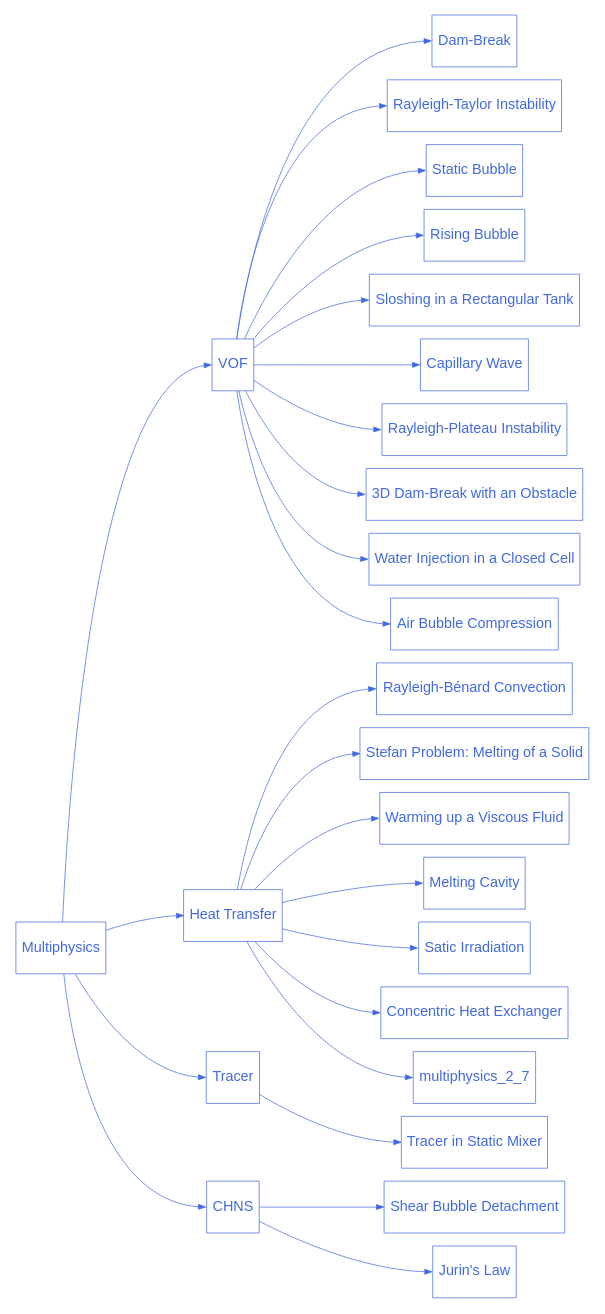
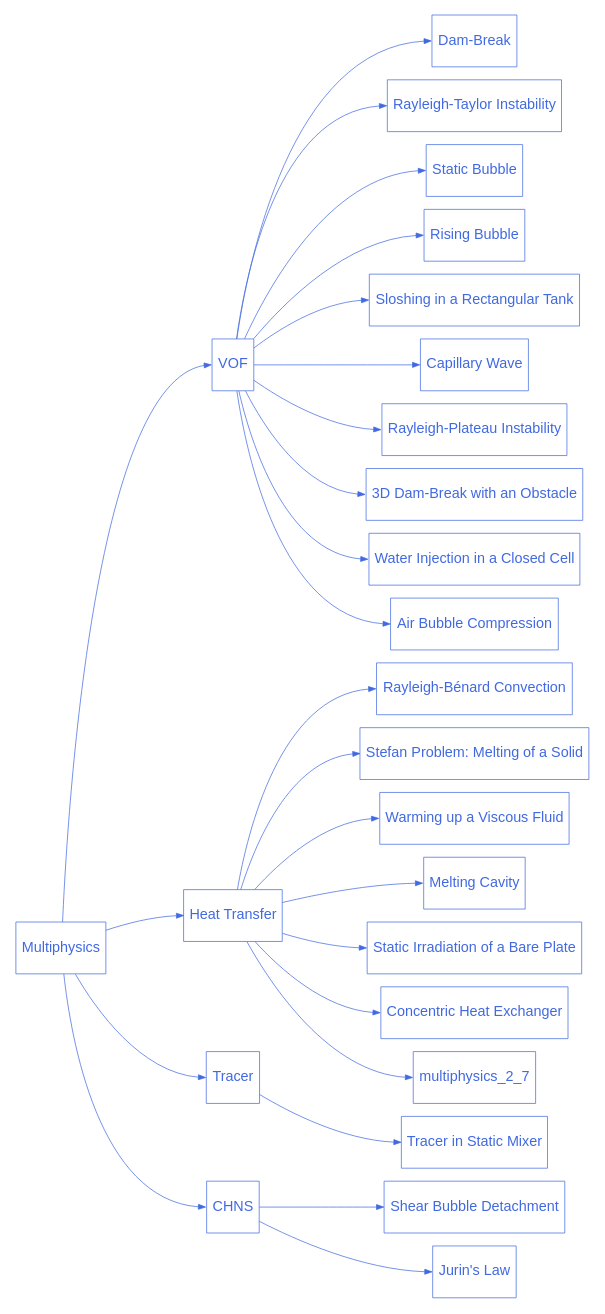
One commit to chaos-polymtl/lethe changed the diagram in doc/source/examples/multiphysics/multiphysics.rst. Above: the diagram before and after it, drawn with Graphviz. The commit also changed 2 other files, not shown here.

Commit message:
Indent and fix file link

```diff
--- a/doc/source/examples/multiphysics/multiphysics.rst
+++ b/doc/source/examples/multiphysics/multiphysics.rst
@@ -55,7 +55,7 @@
 
       multiphysics_2_4 [label="Melting Cavity", href="https://chaos-polymtl.github.io/lethe/documentation/examples/multiphysics/melting-cavity/melting-cavity.html"];
       
-      multiphysics_2_5 [label="Satic Irradiation", href="https://chaos-polymtl.github.io/lethe/documentation/examples/multiphysics/static-irradiation/static-irradiation.html"];
+      multiphysics_2_5 [label="Static Irradiation of a Bare Plate", href="https://chaos-polymtl.github.io/lethe/documentation/examples/multiphysics/static-irradiation/static-irradiation.html"];
 
       multiphysics_2_6 [label="Concentric Heat Exchanger", href="https://chaos-polymtl.github.io/lethe/documentation/examples/multiphysics/concentric-heat-exchanger/concentric-heat-exchanger.html"];
 
```
